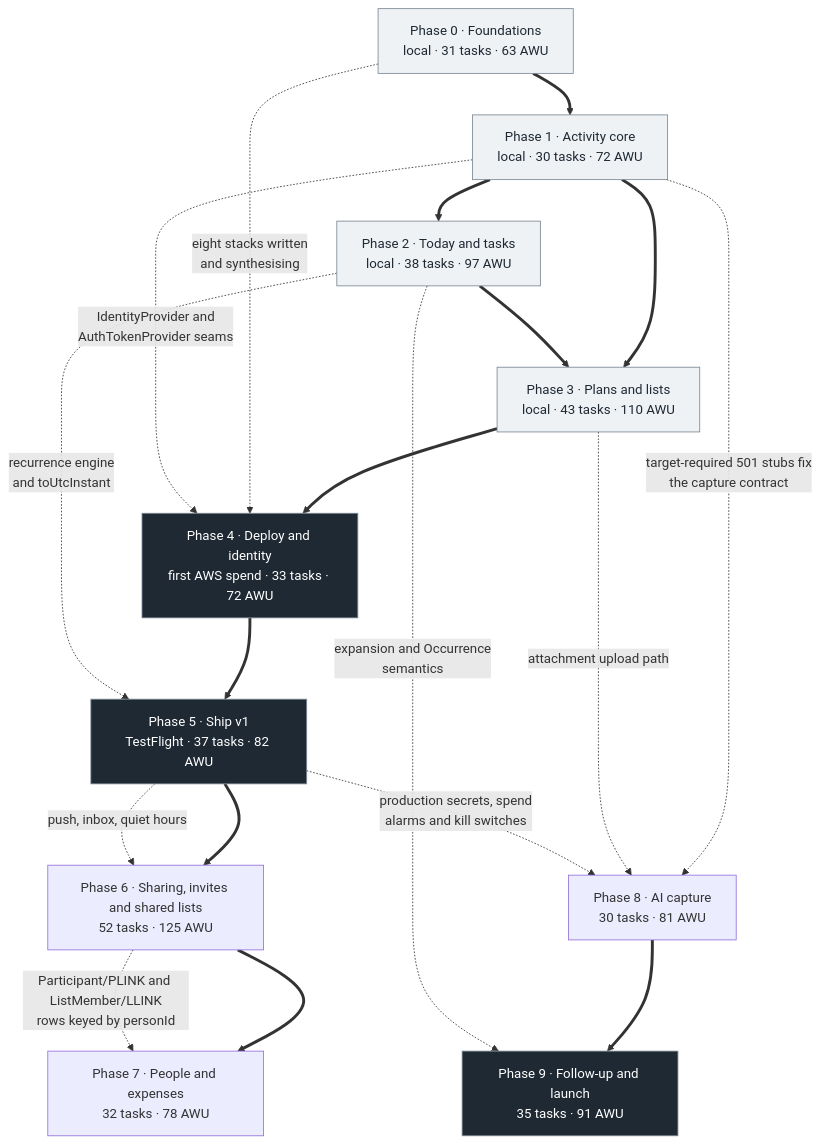
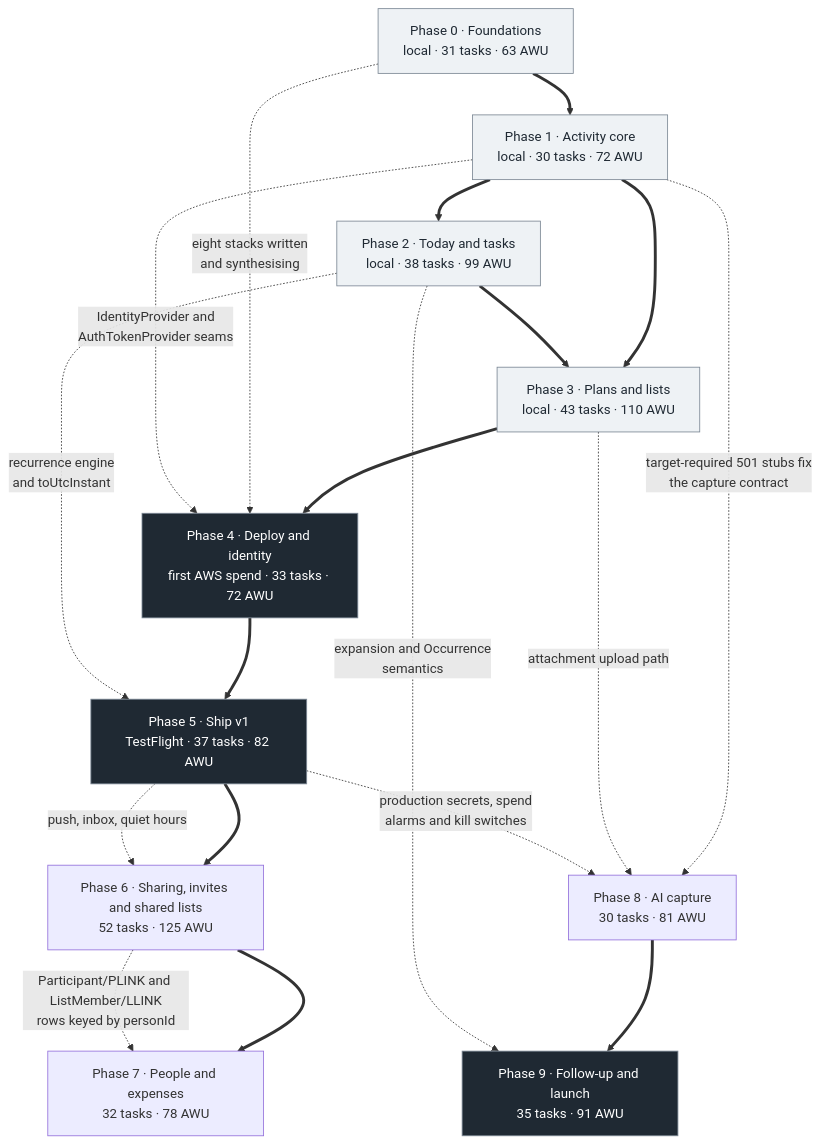
The diagram in docs/03-implementation/roadmap.md (malikujjwal/ordinarydays), drawn with Mermaid before and after one commit. The commit also changed other lines of this file and 6 other files, not shown here.

````diff
--- a/docs/03-implementation/roadmap.md
+++ b/docs/03-implementation/roadmap.md
@@ -238,38 +238,38 @@
 ```mermaid
 graph TD
     P0["Phase 0 · Foundations<br/>local · 31 tasks · 63 AWU"]
     P1["Phase 1 · Activity core<br/>local · 30 tasks · 72 AWU"]
-    P2["Phase 2 · Today and tasks<br/>local · 38 tasks · 97 AWU"]
+    P2["Phase 2 · Today and tasks<br/>local · 38 tasks · 99 AWU"]
     P3["Phase 3 · Plans and lists<br/>local · 43 tasks · 110 AWU"]
     P4["Phase 4 · Deploy and identity<br/>first AWS spend · 33 tasks · 72 AWU"]
     P5["Phase 5 · Ship v1<br/>TestFlight · 37 tasks · 82 AWU"]
     P6["Phase 6 · Sharing, invites and shared lists<br/>52 tasks · 125 AWU"]
     P7["Phase 7 · People and expenses<br/>32 tasks · 78 AWU"]
     P8["Phase 8 · AI capture<br/>30 tasks · 81 AWU"]
     P9["Phase 9 · Follow-up and launch<br/>35 tasks · 91 AWU"]
 
     P0 ==> P1
     P1 ==> P2
     P1 ==> P3
     P2 ==> P3
     P3 ==> P4
     P4 ==> P5
     P5 ==> P6
     P6 ==> P7
     P8 ==> P9
 
     P0 -. "eight stacks written<br/>and synthesising" .-> P4
     P1 -. "IdentityProvider and<br/>AuthTokenProvider seams" .-> P4
     P1 -. "target-required 501 stubs fix<br/>the capture contract" .-> P8
     P2 -. "recurrence engine<br/>and toUtcInstant" .-> P5
     P2 -. "expansion and Occurrence<br/>semantics" .-> P9
     P3 -. "attachment upload path" .-> P8
     P5 -. "production secrets, spend<br/>alarms and kill switches" .-> P8
     P5 -. "push, inbox, quiet hours" .-> P6
     P6 -. "Participant/PLINK and ListMember/LLINK<br/>rows keyed by personId" .-> P7
 
     classDef local fill:#eef2f5,stroke:#7b8794,color:#1f2933
     classDef ship fill:#1f2933,stroke:#7b8794,color:#ffffff
     class P0,P1,P2,P3 local
     class P4,P5,P9 ship
 ```
````
